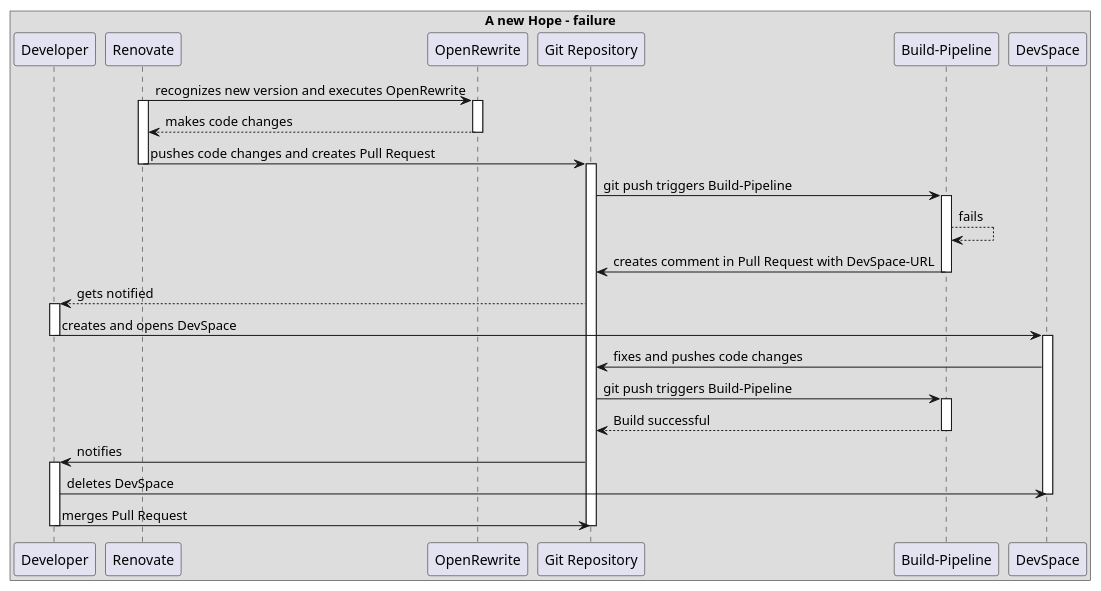
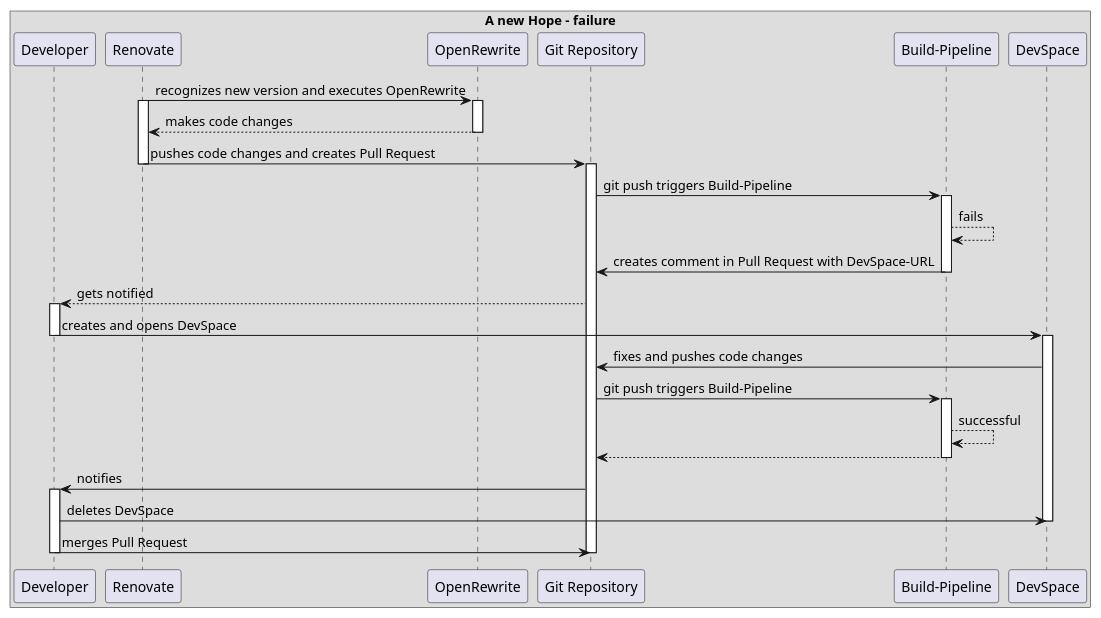
The diagram in diagrams/failure-sequence.puml (gattma/renovate), drawn with PlantUML before and after one commit. The commit also changed 3 other files, not shown here.

Commit message:
refactor sequence diagrams

```diff
--- a/diagrams/failure-sequence.puml
+++ b/diagrams/failure-sequence.puml
@@ -1,51 +1,52 @@
 @startuml
 box A new Hope - failure
 participant Developer
 
 participant Renovate
 
 Renovate -> OpenRewrite : recognizes new version and executes OpenRewrite
 activate Renovate
 activate OpenRewrite
 
 OpenRewrite --> Renovate : makes code changes
 deactivate OpenRewrite
 
 Renovate -> "Git Repository" : pushes code changes and creates Pull Request
 deactivate Renovate
 activate "Git Repository"
 
 "Git Repository" -> "Build-Pipeline" : git push triggers Build-Pipeline
 activate "Build-Pipeline"
 "Build-Pipeline" --> "Build-Pipeline" : fails
 "Build-Pipeline" -> "Git Repository" : creates comment in Pull Request with DevSpace-URL
 deactivate "Build-Pipeline"
 
 "Git Repository" --> Developer : gets notified
 activate Developer
 Developer -> DevSpace : creates and opens DevSpace
 deactivate Developer
 activate DevSpace
 
 DevSpace -> "Git Repository" : fixes and pushes code changes
 
 "Git Repository" -> "Build-Pipeline" : git push triggers Build-Pipeline
 activate "Build-Pipeline"
-"Build-Pipeline" --> "Git Repository" : Build successful
+"Build-Pipeline" --> "Build-Pipeline" : successful
+"Build-Pipeline" --> "Git Repository" :
 deactivate "Build-Pipeline"
 
 "Git Repository" -> Developer : notifies
 activate Developer
 
 Developer -> DevSpace : deletes DevSpace
 deactivate DevSpace
 
 
 
 Developer -> "Git Repository" : merges Pull Request
 deactivate Developer
 
 deactivate "Git Repository"
 
 end box
 @enduml
```
